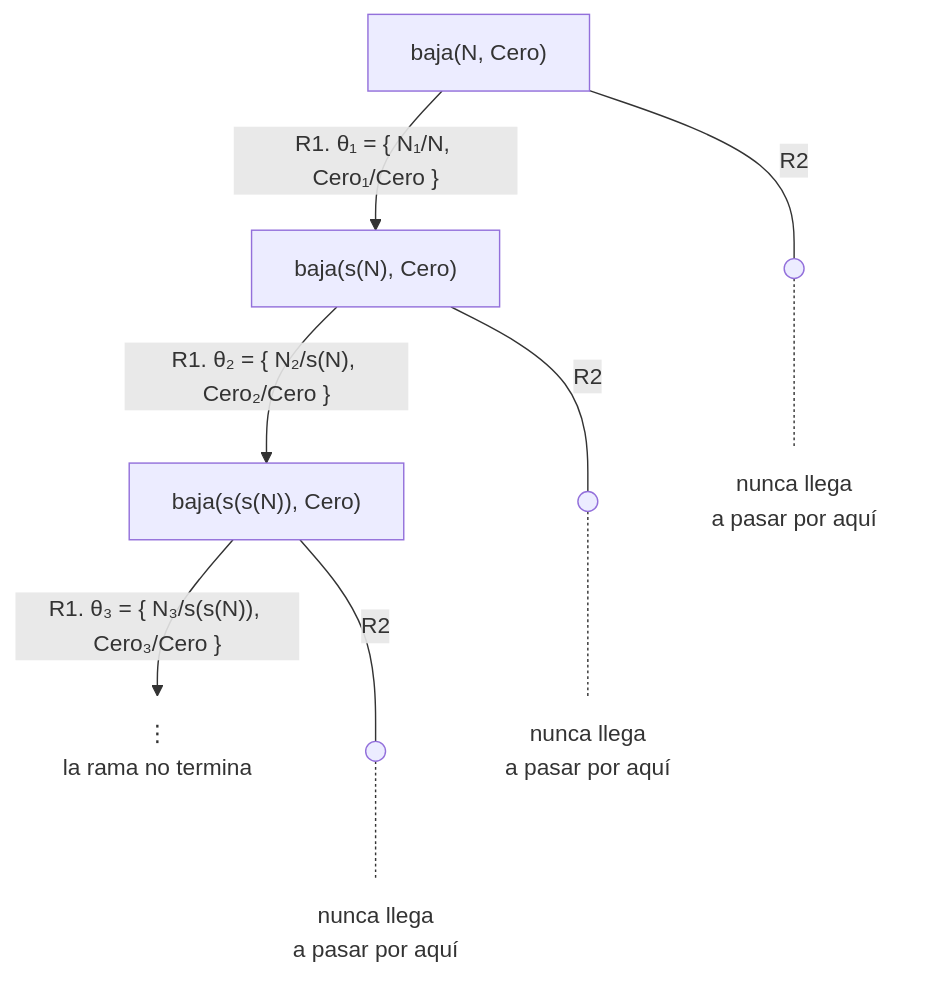
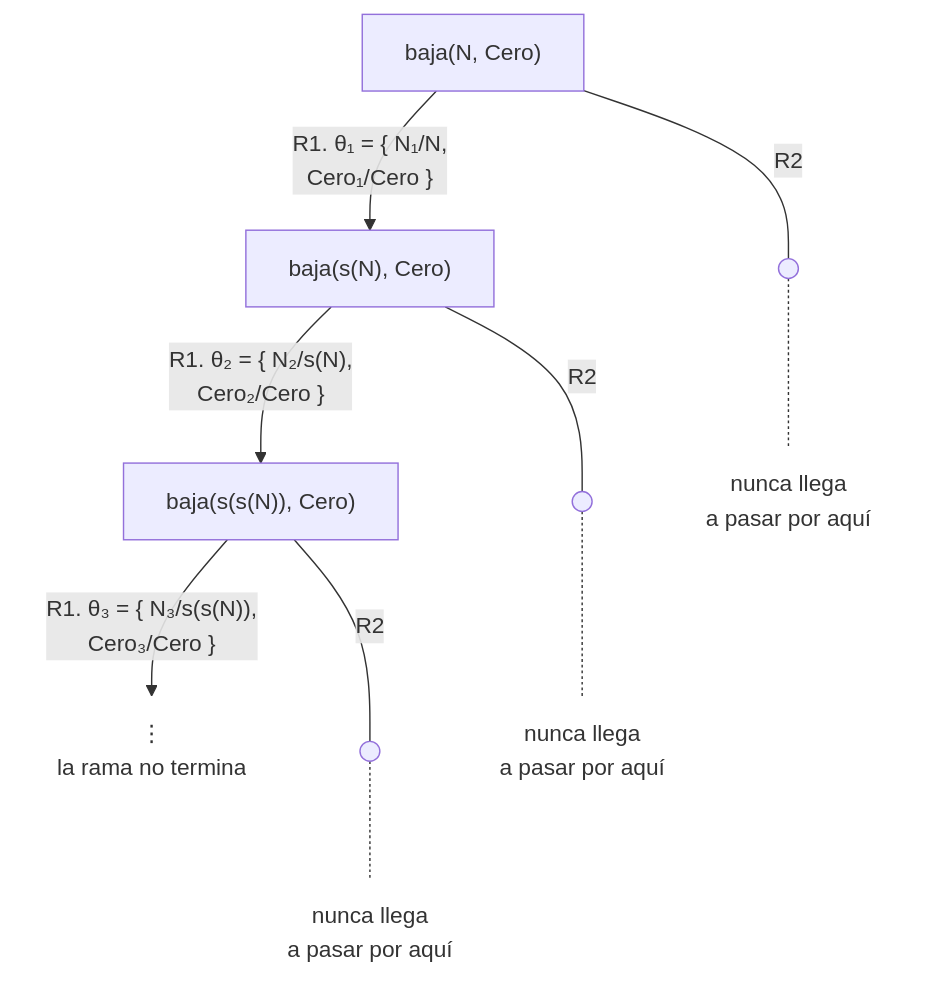
Before and after one commit to CesarBallardini/curso-de-prolog: the third of 7 diagrams in docs/capitulo-06-recursion/soluciones.md, drawn with Mermaid. The commit also changed other lines of this file and 24 other files, not shown here.

First line of the commit message:
feat(docs): botones para ocultar las columnas laterales y etiquetas cortas en los diagramas

````diff
--- a/docs/capitulo-06-recursion/soluciones.md
+++ b/docs/capitulo-06-recursion/soluciones.md
@@ -279,11 +279,11 @@
 ```mermaid
 flowchart TD
-    A["baja(N, Cero)"] -- "R1. θ₁ = {&nbsp;N₁/N, Cero₁/Cero&nbsp;}" --> B["baja(s(N), Cero)"]
-    B -- "R1. θ₂ = {&nbsp;N₂/s(N), Cero₂/Cero&nbsp;}" --> C["baja(s(s(N)), Cero)"]
-    C -- "R1. θ₃ = {&nbsp;N₃/s(s(N)), Cero₃/Cero&nbsp;}" --> D["⋮<br/>la rama no termina"]
+    A["baja(N, Cero)"] -- "R1. θ₁ = {&nbsp;N₁/N,<br/>Cero₁/Cero&nbsp;}" --> B["baja(s(N), Cero)"]
+    B -- "R1. θ₂ = {&nbsp;N₂/s(N),<br/>Cero₂/Cero&nbsp;}" --> C["baja(s(s(N)), Cero)"]
+    C -- "R1. θ₃ = {&nbsp;N₃/s(s(N)),<br/>Cero₃/Cero&nbsp;}" --> D["⋮<br/>la rama no termina"]
     A -- "R2" --- pA@{ shape: sm-circ } -.- nA["nunca llega<br/>a pasar por aquí"]
     B -- "R2" --- pB@{ shape: sm-circ } -.- nB["nunca llega<br/>a pasar por aquí"]
     C -- "R2" --- pC@{ shape: sm-circ } -.- nC["nunca llega<br/>a pasar por aquí"]
     classDef abierto fill:none,stroke:none;
     class D,nA,nB,nC abierto;
 ```
````
